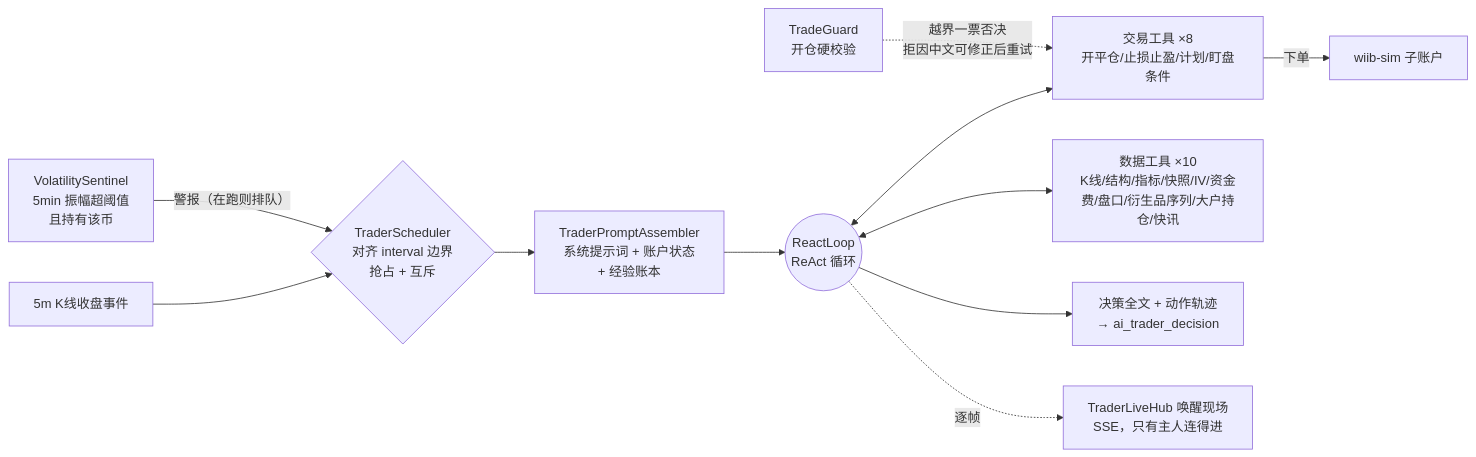
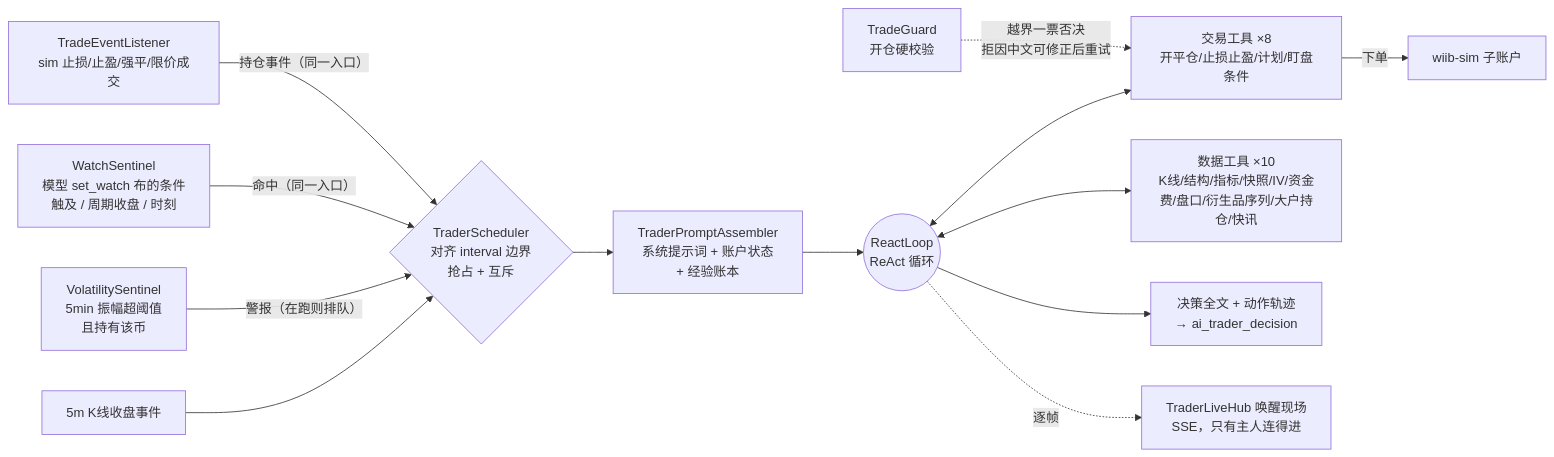
The second of 5 diagrams in docs/agent-harness/architecture.md (mamawai/wtfibought), drawn with Mermaid before and after one commit. The commit also changed other lines of this file and 38 other files, not shown here.

````diff
--- a/docs/agent-harness/architecture.md
+++ b/docs/agent-harness/architecture.md
@@ -50,13 +50,15 @@
 ```mermaid
 flowchart LR
     CLK["5m K线收盘事件"] --> SCH{"TraderScheduler<br/>对齐 interval 边界<br/>抢占 + 互斥"}
     SEN["VolatilitySentinel<br/>5min 振幅超阈值<br/>且持有该币"] -->|"警报（在跑则排队）"| SCH
+    WAT["WatchSentinel<br/>模型 set_watch 布的条件<br/>触及 / 周期收盘 / 时刻"] -->|"命中（同一入口）"| SCH
+    EVT["TradeEventListener<br/>sim 止损/止盈/强平/限价成交"] -->|"持仓事件（同一入口）"| SCH
     SCH --> PA["TraderPromptAssembler<br/>系统提示词 + 账户状态<br/>+ 经验账本"]
     PA --> RA(("ReactLoop<br/>ReAct 循环"))
     RA <--> T1["交易工具 ×8<br/>开平仓/止损止盈/计划/盯盘条件"]
     RA <--> T2["数据工具 ×10<br/>K线/结构/指标/快照/IV/资金费/盘口/衍生品序列/大户持仓/快讯"]
     RA --> OUT["决策全文 + 动作轨迹<br/>→ ai_trader_decision"]
     RA -.->|"逐帧"| HUB["TraderLiveHub 唤醒现场<br/>SSE，只有主人连得进"]
     GUARD["TradeGuard<br/>开仓硬校验"] -.->|"越界一票否决<br/>拒因中文可修正后重试"| T1
     T1 -->|"下单"| SIMX["wiib-sim 子账户"]
 ```
````
